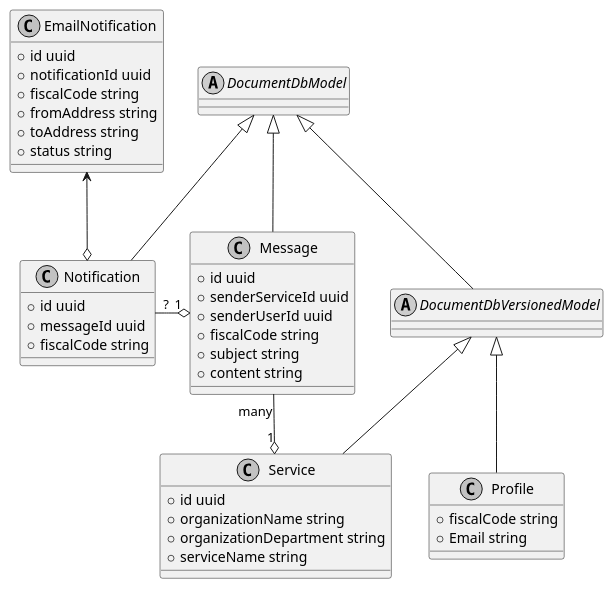
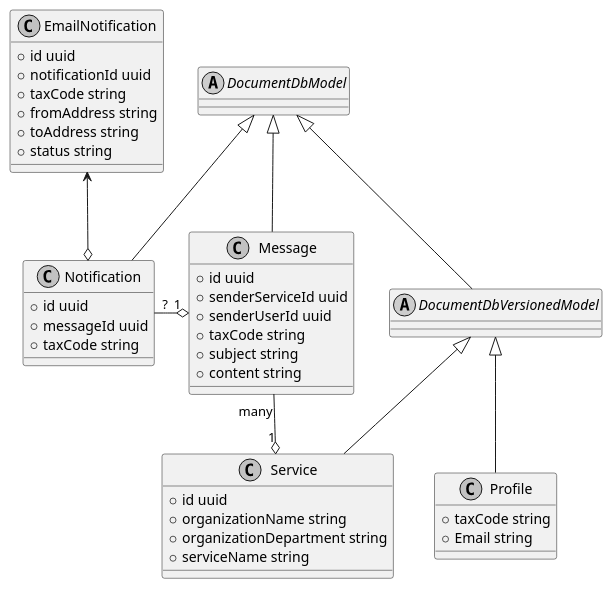
The diagram in docs/entities.puml (pagopa-archive/io-functions), drawn with PlantUML before and after one commit. The commit also changed 32 other files, not shown here.

Commit message:
Fix: #224. Replace fiscal_code with tax_code.

```diff
--- a/docs/entities.puml
+++ b/docs/entities.puml
@@ -1,60 +1,60 @@
 @startuml
 
 skinparam monochrome true
 
 abstract class DocumentDbModel
 
 abstract class DocumentDbVersionedModel
 
 class Message {
   +id uuid
   +senderServiceId uuid
   +senderUserId uuid
-  +fiscalCode string
+  +taxCode string
   +subject string
   +content string
 }
 
 class Notification {
   +id uuid
   +messageId uuid
-  +fiscalCode string
+  +taxCode string
 }
 
 class EmailNotification {
   +id uuid
   +notificationId uuid
-  +fiscalCode string
+  +taxCode string
   +fromAddress string
   +toAddress string
   +status string
 }
 
 class Service {
   +id uuid
   +organizationName string
   +organizationDepartment string
   +serviceName string
 }
 
 class Profile {
-  +fiscalCode string
+  +taxCode string
   +Email string
 }
 
 DocumentDbModel <|-- DocumentDbVersionedModel
 
 DocumentDbModel <|-- Message
 
 DocumentDbModel <|-- Notification
 
 EmailNotification <--o Notification
 
 DocumentDbVersionedModel <|-- Service
 
 DocumentDbVersionedModel <|-- Profile
 
 Service "1" o-left- "many" Message
 Message "1" o-left- "?" Notification
 
 @enduml
```
